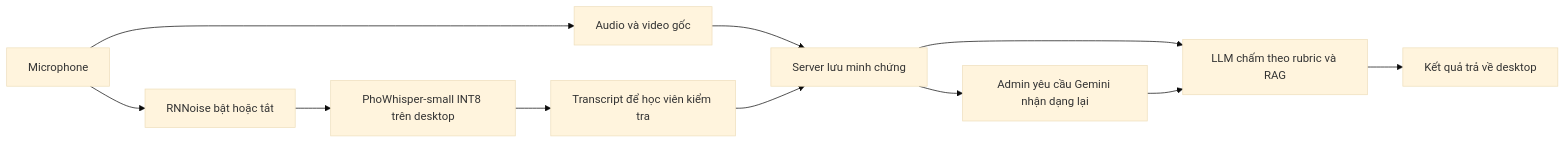
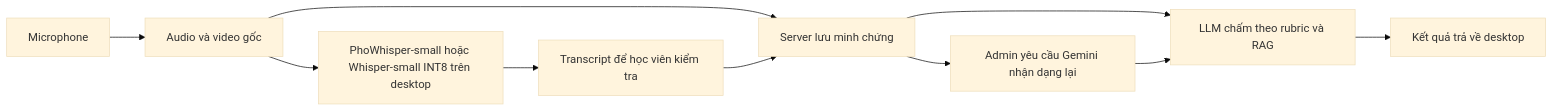
Before and after one commit to NCKH-LongT/AI-Oral-Assessment-Platform: the second of 2 diagrams in docs/architecture/knowledge-speech.md, drawn with Mermaid (base theme). The commit also changed other lines of this file and 21 other files, not shown here.

````diff
--- a/docs/architecture/knowledge-speech.md
+++ b/docs/architecture/knowledge-speech.md
@@ -32,13 +32,12 @@
 ```mermaid
 flowchart LR
   Mic[Microphone] --> Raw[Audio và video gốc]
-  Mic --> Filter[RNNoise bật hoặc tắt]
-  Filter --> Local[PhoWhisper-small INT8 trên desktop]
+  Raw --> Local[PhoWhisper-small hoặc Whisper-small INT8 trên desktop]
   Local --> Text[Transcript để học viên kiểm tra]
   Raw --> Server[Server lưu minh chứng]
   Text --> Server
   Server --> Grade[LLM chấm theo rubric và RAG]
   Grade --> Result[Kết quả trả về desktop]
   Server --> Review[Admin yêu cầu Gemini nhận dạng lại]
   Review --> Grade
 ```
````
